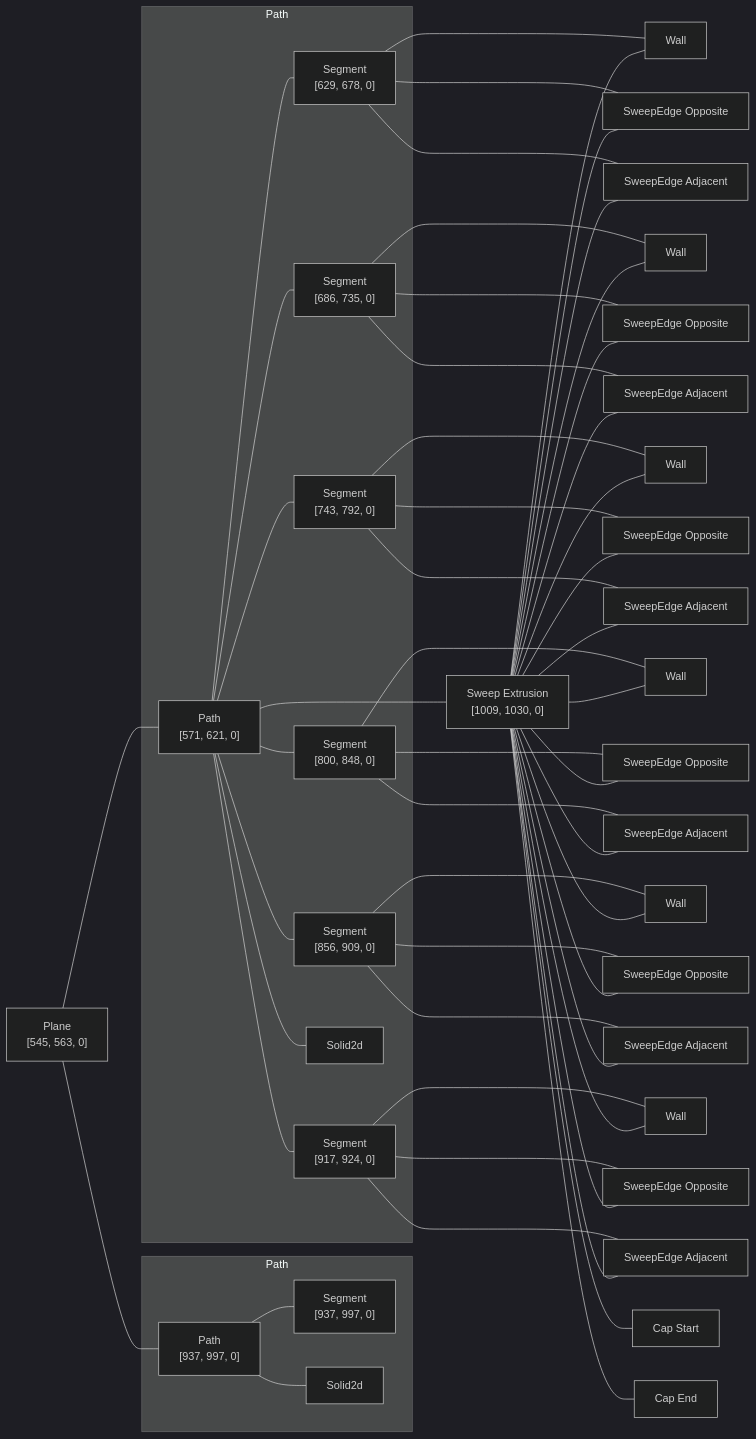
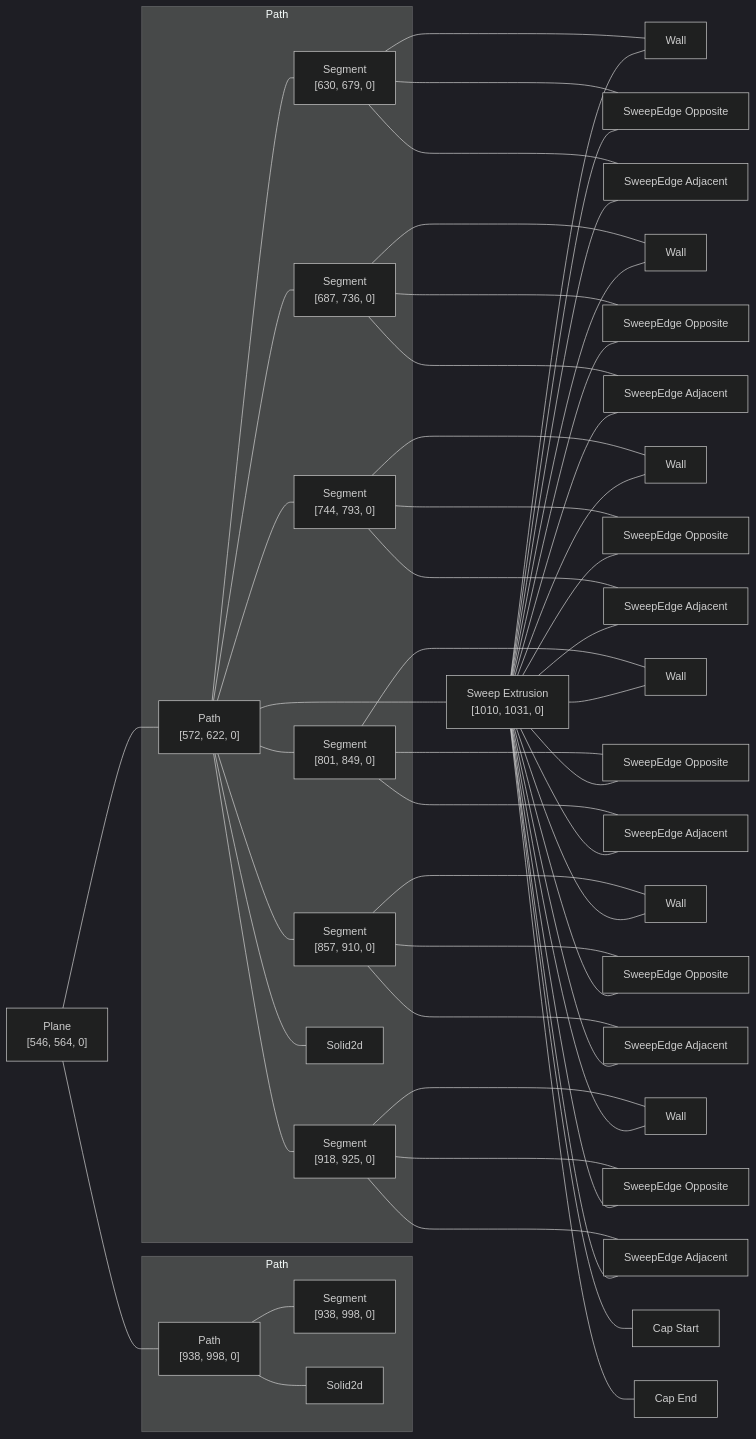
Before and after one commit to KittyCAD/modeling-app: the diagram in rust/kcl-lib/tests/kcl_samples/hex-nut/artifact_graph_flowchart.snap.md, drawn with Mermaid (dark theme). The commit also changed 122 other files, not shown here.

````diff
--- a/rust/kcl-lib/tests/kcl_samples/hex-nut/artifact_graph_flowchart.snap.md
+++ b/rust/kcl-lib/tests/kcl_samples/hex-nut/artifact_graph_flowchart.snap.md
@@ -1,22 +1,22 @@
 ```mermaid
 flowchart LR
   subgraph path2 [Path]
-    2["Path<br>[571, 621, 0]"]
-    3["Segment<br>[629, 678, 0]"]
-    4["Segment<br>[686, 735, 0]"]
-    5["Segment<br>[743, 792, 0]"]
-    6["Segment<br>[800, 848, 0]"]
-    7["Segment<br>[856, 909, 0]"]
-    8["Segment<br>[917, 924, 0]"]
+    2["Path<br>[572, 622, 0]"]
+    3["Segment<br>[630, 679, 0]"]
+    4["Segment<br>[687, 736, 0]"]
+    5["Segment<br>[744, 793, 0]"]
+    6["Segment<br>[801, 849, 0]"]
+    7["Segment<br>[857, 910, 0]"]
+    8["Segment<br>[918, 925, 0]"]
     9[Solid2d]
   end
   subgraph path10 [Path]
-    10["Path<br>[937, 997, 0]"]
-    11["Segment<br>[937, 997, 0]"]
+    10["Path<br>[938, 998, 0]"]
+    11["Segment<br>[938, 998, 0]"]
     12[Solid2d]
   end
-  1["Plane<br>[545, 563, 0]"]
-  13["Sweep Extrusion<br>[1009, 1030, 0]"]
+  1["Plane<br>[546, 564, 0]"]
+  13["Sweep Extrusion<br>[1010, 1031, 0]"]
   14[Wall]
   15[Wall]
   16[Wall]
````
